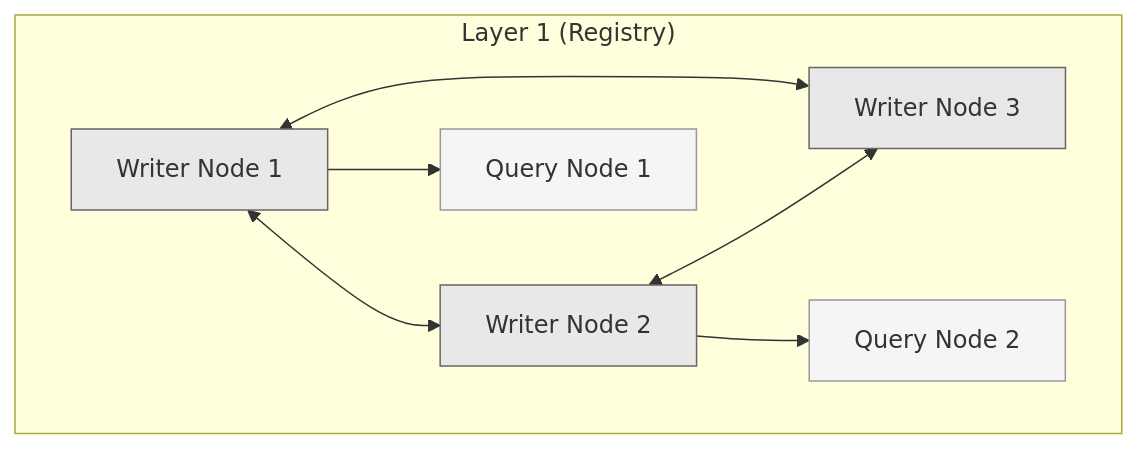
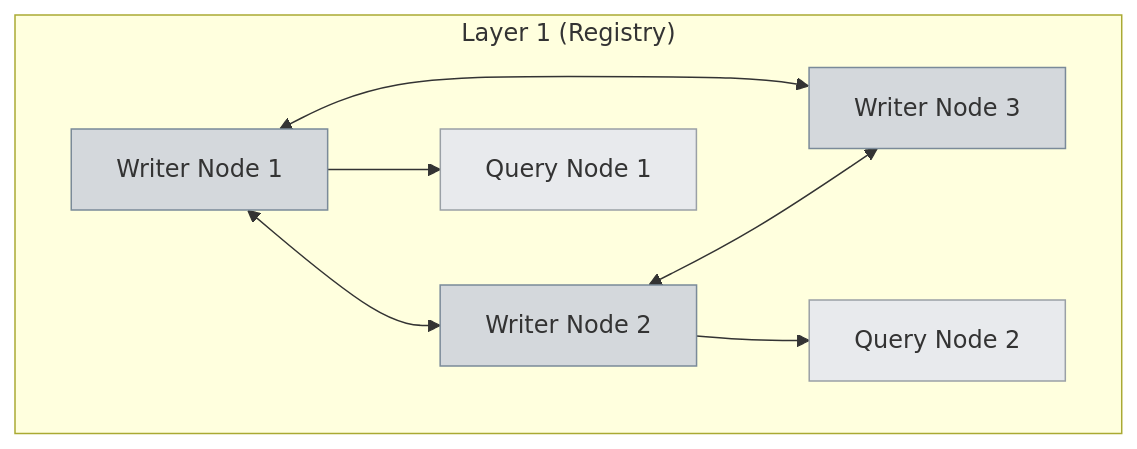
One commit to archeren/openclaw changed the first of 2 diagrams in workspace/projects/clawish/WHITEPAPER-DRAFT.md. Above: the diagram before and after it, drawn with Mermaid. The commit also changed other lines of this file, not shown here.

Commit message:
docs: Use low saturation muted colors in Mermaid diagrams

````diff
--- a/workspace/projects/clawish/WHITEPAPER-DRAFT.md
+++ b/workspace/projects/clawish/WHITEPAPER-DRAFT.md
@@ -245,22 +245,22 @@
 ```mermaid
 graph TB
     subgraph L1["Layer 1 (Registry)"]
         W1[Writer Node 1]
         W2[Writer Node 2]
         W3[Writer Node 3]
         Q1[Query Node 1]
         Q2[Query Node 2]
         
         W1 <--> W2
         W2 <--> W3
         W3 <--> W1
         W1 --> Q1
         W2 --> Q2
     end
     
-    style W1 fill:#e8e8e8,stroke:#666
-    style W2 fill:#e8e8e8,stroke:#666
-    style W3 fill:#e8e8e8,stroke:#666
-    style Q1 fill:#f5f5f5,stroke:#999
-    style Q2 fill:#f5f5f5,stroke:#999
+    style W1 fill:#d4d8dc,stroke:#7a8a99
+    style W2 fill:#d4d8dc,stroke:#7a8a99
+    style W3 fill:#d4d8dc,stroke:#7a8a99
+    style Q1 fill:#e8eaed,stroke:#9aa0a6
+    style Q2 fill:#e8eaed,stroke:#9aa0a6
 ```
````
